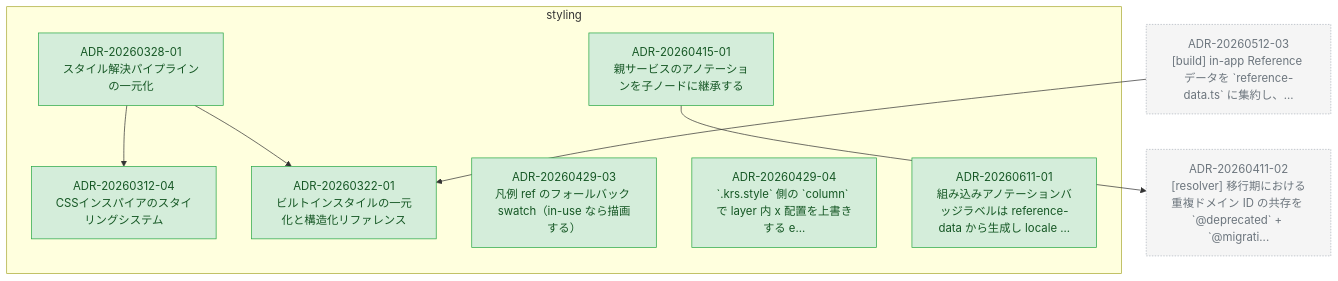
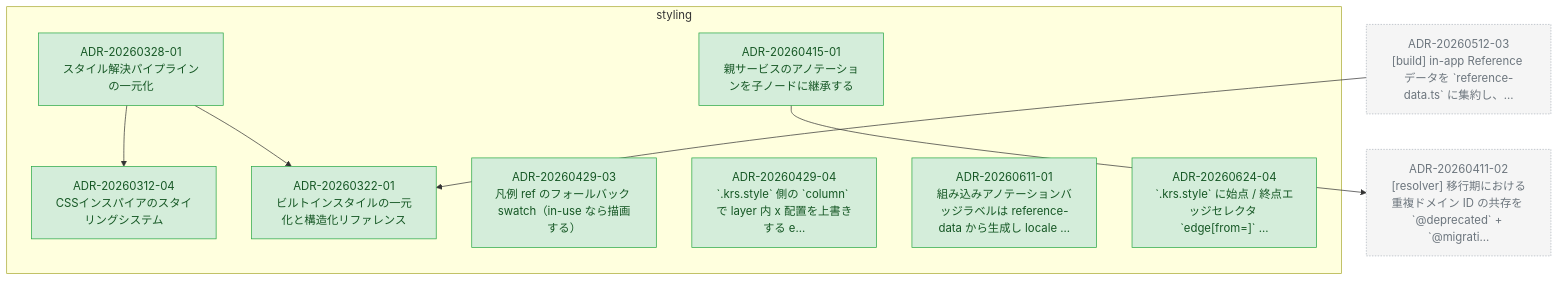
One commit to kompiro/karasu changed the diagram in docs/adr/graph/styling.md. Above: the diagram before and after it, drawn with Mermaid. The commit also changed other lines of this file and 28 other files, not shown here.

````diff
--- a/docs/adr/graph/styling.md
+++ b/docs/adr/graph/styling.md
@@ -6,34 +6,36 @@
 ```mermaid
 flowchart TD
   subgraph styling["styling"]
     ADR_20260312_04["ADR-20260312-04<br/>CSSインスパイアのスタイリングシステム"]
     ADR_20260322_01["ADR-20260322-01<br/>ビルトインスタイルの一元化と構造化リファレンス"]
     ADR_20260328_01["ADR-20260328-01<br/>スタイル解決パイプラインの一元化"]
     ADR_20260415_01["ADR-20260415-01<br/>親サービスのアノテーションを子ノードに継承する"]
     ADR_20260429_03["ADR-20260429-03<br/>凡例 ref のフォールバック swatch（in-use なら描画する）"]
     ADR_20260429_04["ADR-20260429-04<br/>`.krs.style` 側の `column` で layer 内 x 配置を上書きする e..."]
     ADR_20260611_01["ADR-20260611-01<br/>組み込みアノテーションバッジラベルは reference-data から生成し locale ..."]
+    ADR_20260624_04["ADR-20260624-04<br/>`.krs.style` に始点 / 終点エッジセレクタ `edge[from=<id>]` ..."]
   end
   ADR_20260411_02["ADR-20260411-02<br/>[resolver] 移行期における重複ドメイン ID の共存を `@deprecated` + `@migrati..."]
   ADR_20260512_03["ADR-20260512-03<br/>[build] in-app Reference データを `reference-data.ts` に集約し、..."]
   ADR_20260328_01 --> ADR_20260312_04
   ADR_20260328_01 --> ADR_20260322_01
   ADR_20260415_01 --> ADR_20260411_02
   ADR_20260512_03 --> ADR_20260322_01
 
   classDef accepted fill:#d4edda,stroke:#28a745,color:#155724
   classDef proposed fill:#fff3cd,stroke:#ffc107,color:#856404
   classDef deprecated fill:#f8d7da,stroke:#dc3545,color:#721c24
   classDef superseded fill:#e2e3e5,stroke:#6c757d,color:#383d41
   classDef not_adopted fill:#e2e3e5,stroke:#6c757d,color:#383d41,stroke-dasharray:3 3
   classDef ghost fill:#f5f5f5,stroke:#adb5bd,color:#6c757d,stroke-dasharray:2 2
   class ADR_20260312_04 accepted
   class ADR_20260322_01 accepted
   class ADR_20260328_01 accepted
   class ADR_20260415_01 accepted
   class ADR_20260429_03 accepted
   class ADR_20260429_04 accepted
   class ADR_20260611_01 accepted
+  class ADR_20260624_04 accepted
   class ADR_20260411_02 ghost
   class ADR_20260512_03 ghost
 ```
````
